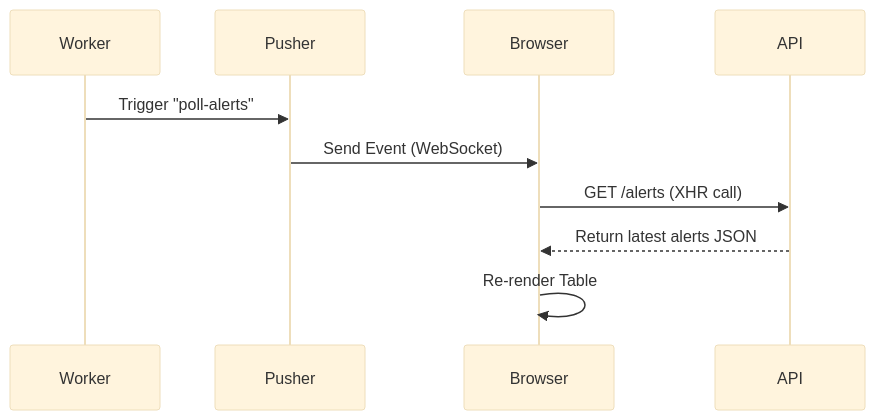
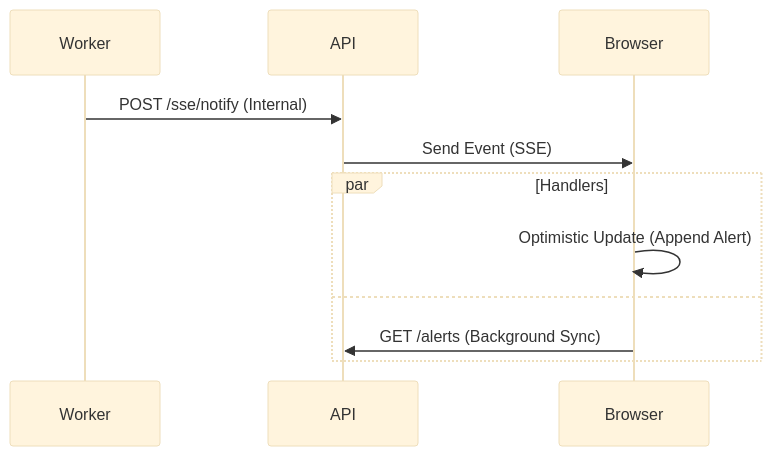
The fourth of 4 diagrams in developer_docs/data-flow.mdx (venaTeam/keep), drawn with Mermaid (base theme) before and after one commit. The commit also changed other lines of this file and 43 other files, not shown here.

First line of the commit message:
Complete WebSocket/Pusher removal - migrate to SSE

````diff
--- a/developer_docs/data-flow.mdx
+++ b/developer_docs/data-flow.mdx
@@ -79,13 +81,14 @@
 ```mermaid
 sequenceDiagram
     participant Worker
-    participant Pusher
+    participant API
     participant Browser
-    participant API
 
-    Worker->>Pusher: Trigger "poll-alerts"
-    Pusher->>Browser: Send Event (WebSocket)
-    Browser->>API: GET /alerts (XHR call)
-    API-->>Browser: Return latest alerts JSON
-    Browser->>Browser: Re-render Table
+    Worker->>API: POST /sse/notify (Internal)
+    API->>Browser: Send Event (SSE)
+    par Handlers
+        Browser->>Browser: Optimistic Update (Append Alert)
+    and
+        Browser->>API: GET /alerts (Background Sync)
+    end
 ```
````
